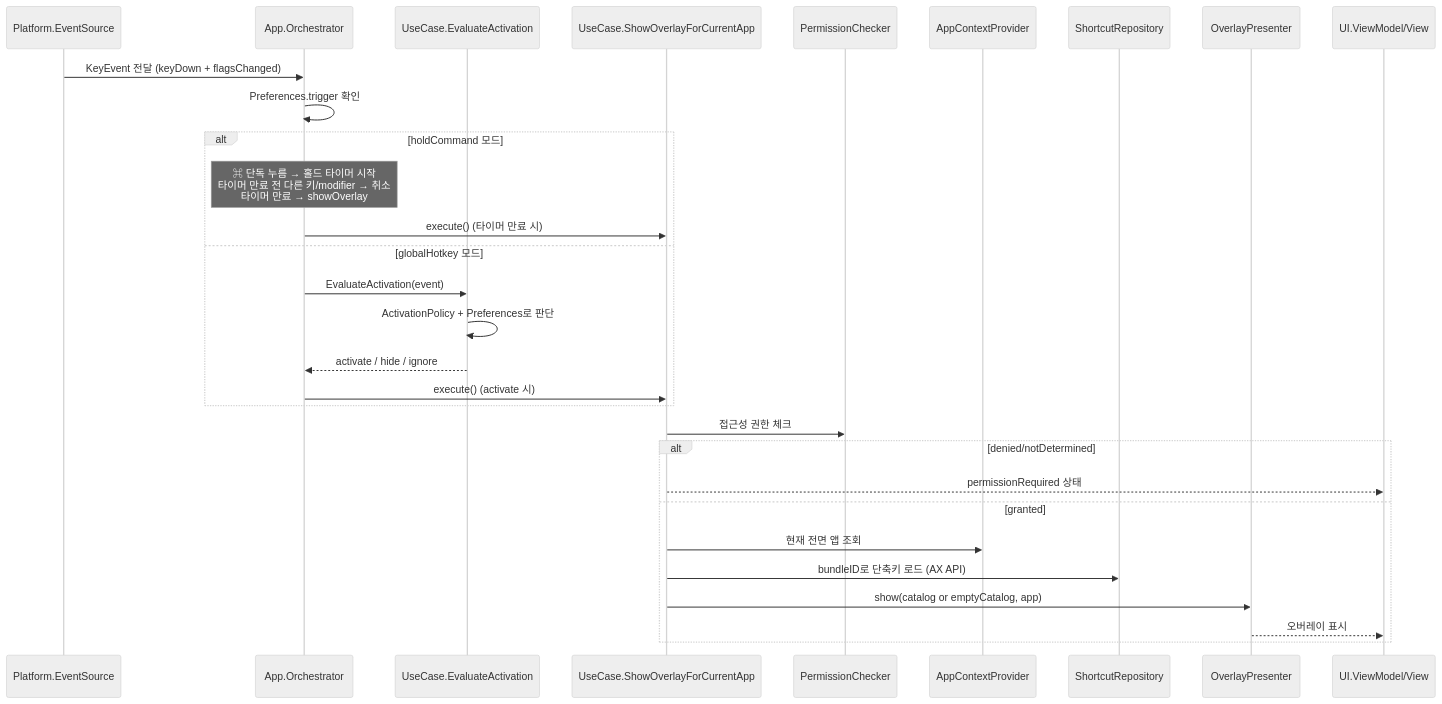
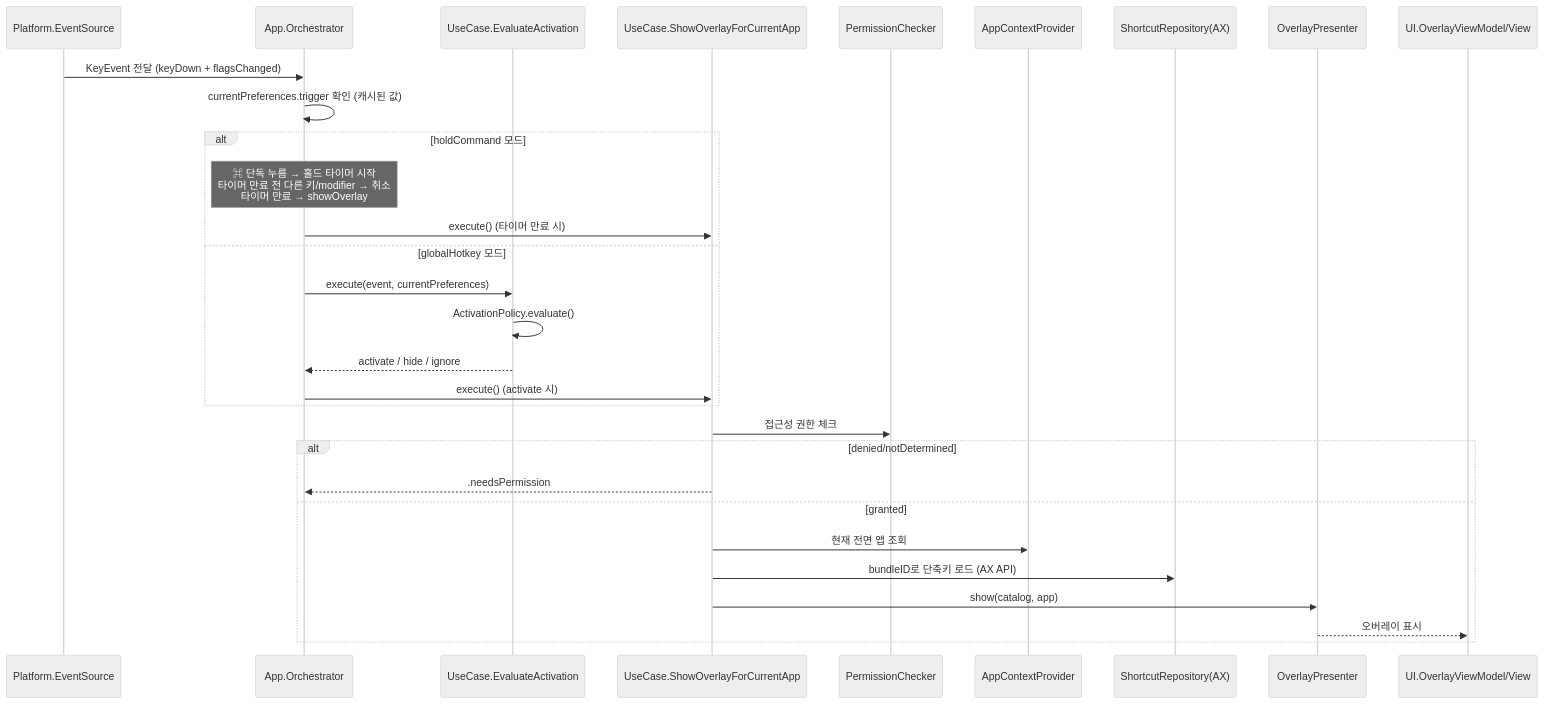
Before and after one commit to hahahoho-labs/KeydeukKeydeuk: the second of 5 diagrams in AGENTS.md, drawn with Mermaid (neutral theme). The commit also changed other lines of this file, not shown here.

First line of the commit message:
docs: update AGENTS.md to reflect current architecture after refactoring

````diff
--- a/AGENTS.md
+++ b/AGENTS.md
@@ -93,35 +141,35 @@
 ```mermaid
 sequenceDiagram
   participant ES as Platform.EventSource
   participant AO as App.Orchestrator
   participant EA as UseCase.EvaluateActivation
   participant SS as UseCase.ShowOverlayForCurrentApp
   participant PC as PermissionChecker
   participant AC as AppContextProvider
-  participant SR as ShortcutRepository
+  participant SR as ShortcutRepository(AX)
   participant OP as OverlayPresenter
-  participant UI as UI.ViewModel/View
+  participant UI as UI.OverlayViewModel/View
 
   ES->>AO: KeyEvent 전달 (keyDown + flagsChanged)
-  AO->>AO: Preferences.trigger 확인
+  AO->>AO: currentPreferences.trigger 확인 (캐시된 값)
 
   alt holdCommand 모드
     Note over AO: ⌘ 단독 누름 → 홀드 타이머 시작<br/>타이머 만료 전 다른 키/modifier → 취소<br/>타이머 만료 → showOverlay
     AO->>SS: execute() (타이머 만료 시)
   else globalHotkey 모드
-    AO->>EA: EvaluateActivation(event)
-    EA->>EA: ActivationPolicy + Preferences로 판단
+    AO->>EA: execute(event, currentPreferences)
+    EA->>EA: ActivationPolicy.evaluate()
     EA-->>AO: activate / hide / ignore
     AO->>SS: execute() (activate 시)
   end
 
   SS->>PC: 접근성 권한 체크
   alt denied/notDetermined
-    SS-->>UI: permissionRequired 상태
+    SS-->>AO: .needsPermission
   else granted
     SS->>AC: 현재 전면 앱 조회
     SS->>SR: bundleID로 단축키 로드 (AX API)
-    SS->>OP: show(catalog or emptyCatalog, app)
+    SS->>OP: show(catalog, app)
     OP-->>UI: 오버레이 표시
   end
 ```
````
